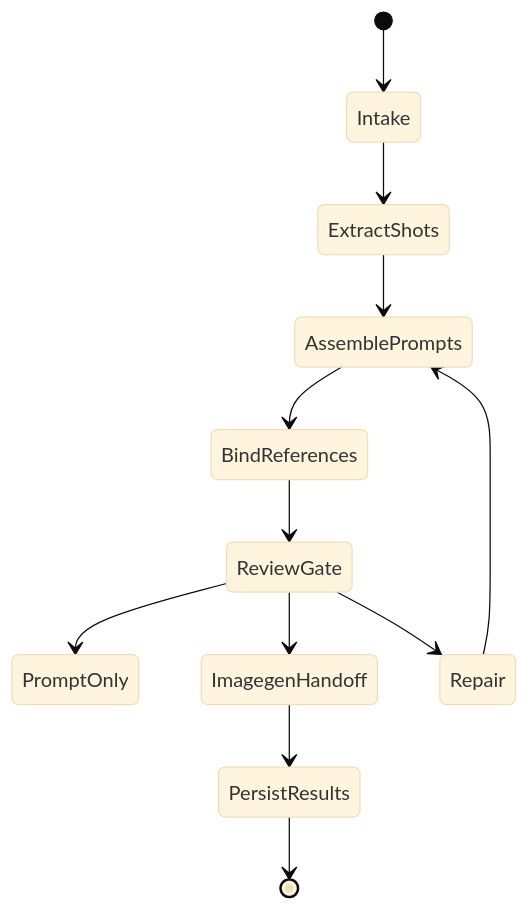
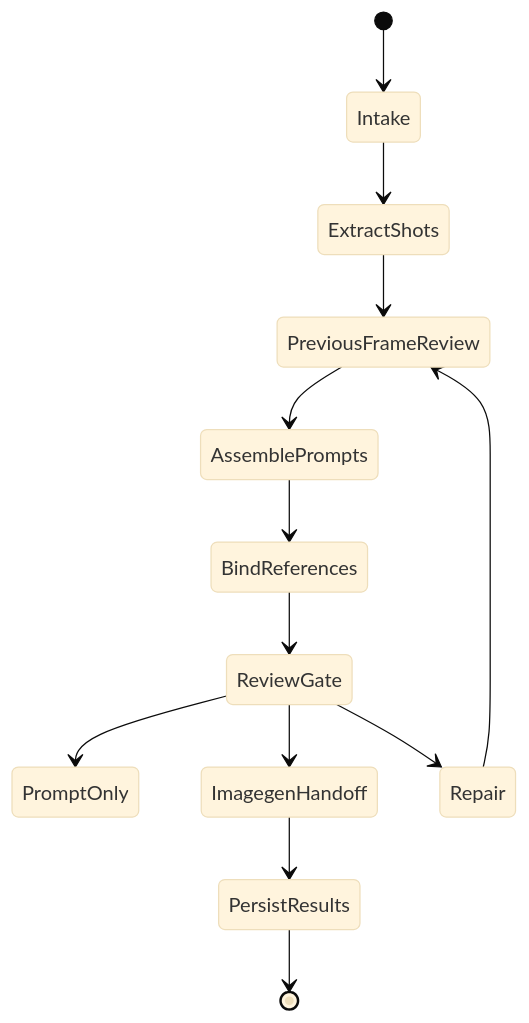
One commit to ZEN-VOID/AI-CUT changed the third of 3 diagrams in .agents/skills/aigc/6-图像/A-分镜画面/SKILL.md. Above: the diagram before and after it, drawn with Mermaid (base theme). The commit also changed other lines of this file and 122 other files, not shown here.

````diff
--- a/.agents/skills/aigc/6-图像/A-分镜画面/SKILL.md
+++ b/.agents/skills/aigc/6-图像/A-分镜画面/SKILL.md
@@ -114,14 +124,15 @@
 ```mermaid
 stateDiagram-v2
     [*] --> Intake
     Intake --> ExtractShots
-    ExtractShots --> AssemblePrompts
+    ExtractShots --> PreviousFrameReview
+    PreviousFrameReview --> AssemblePrompts
     AssemblePrompts --> BindReferences
     BindReferences --> ReviewGate
     ReviewGate --> PromptOnly
     ReviewGate --> ImagegenHandoff
     ImagegenHandoff --> PersistResults
     PersistResults --> [*]
     ReviewGate --> Repair
-    Repair --> AssemblePrompts
+    Repair --> PreviousFrameReview
 ```
````
